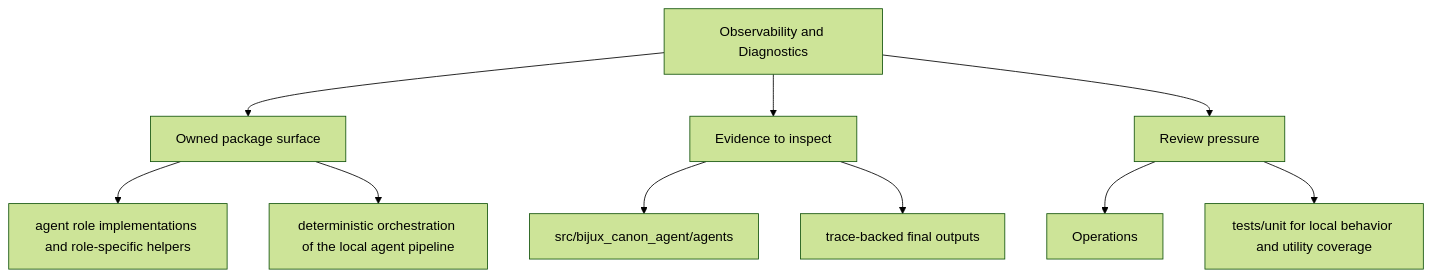
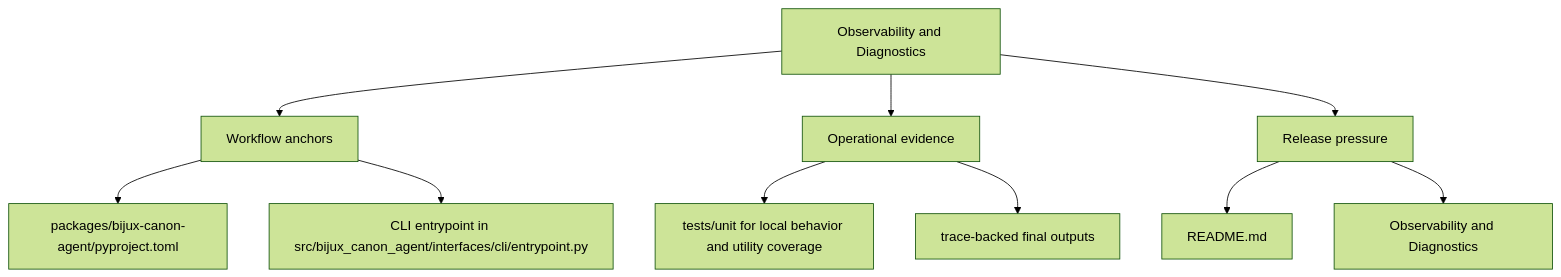
Before and after one commit to bijux/bijux-canon: the second of 2 diagrams in docs/bijux-canon-agent/operations/observability-and-diagnostics.md, drawn with Mermaid (forest theme). The commit also changed other lines of this file and 250 other files, not shown here.

Commit message:
docs(diagrams): make product page maps more readable

````diff
--- a/docs/bijux-canon-agent/operations/observability-and-diagnostics.md
+++ b/docs/bijux-canon-agent/operations/observability-and-diagnostics.md
@@ -33,22 +33,22 @@
 ```mermaid
 flowchart TD
     page["Observability and Diagnostics"]
-    focus1["Owned package surface"]
+    focus1["Workflow anchors"]
     page --> focus1
-    focus1_1["agent role implementations and role-specific helpers"]
+    focus1_1["packages/bijux-canon-agent/pyproject.toml"]
     focus1 --> focus1_1
-    focus1_2["deterministic orchestration of the local agent pipeline"]
+    focus1_2["CLI entrypoint in src/bijux_canon_agent/interfaces/cli/entrypoint.py"]
     focus1 --> focus1_2
-    focus2["Evidence to inspect"]
+    focus2["Operational evidence"]
     page --> focus2
-    focus2_1["src/bijux_canon_agent/agents"]
+    focus2_1["tests/unit for local behavior and utility coverage"]
     focus2 --> focus2_1
     focus2_2["trace-backed final outputs"]
     focus2 --> focus2_2
-    focus3["Review pressure"]
+    focus3["Release pressure"]
     page --> focus3
-    focus3_1["Operations"]
+    focus3_1["README.md"]
     focus3 --> focus3_1
-    focus3_2["tests/unit for local behavior and utility coverage"]
+    focus3_2["Observability and Diagnostics"]
     focus3 --> focus3_2
 ```
````
